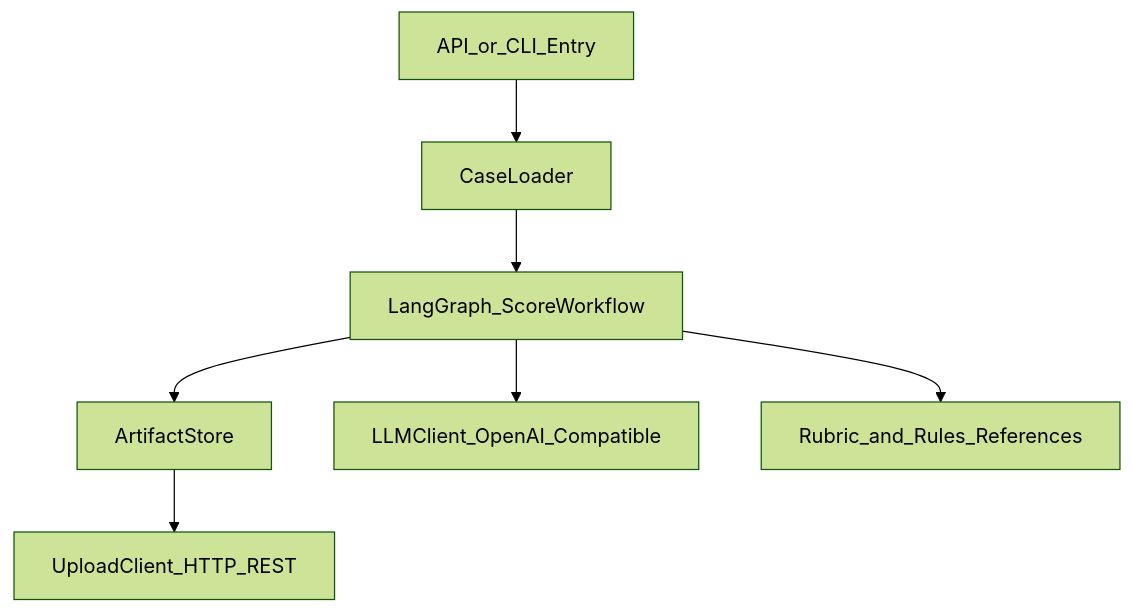
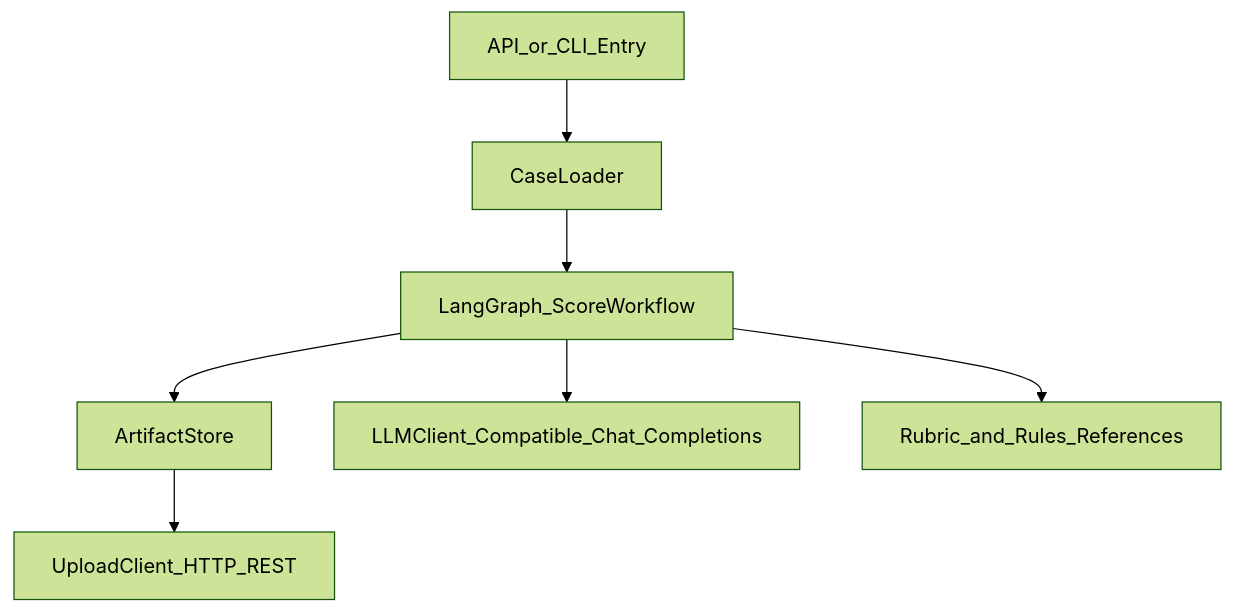
Before and after one commit to yaoooge/hmos-score-agent: the first of 2 diagrams in 评分服务设计文档.md, drawn with Mermaid (forest theme). The commit also changed other lines of this file and 34 other files, not shown here.

````diff
--- a/评分服务设计文档.md
+++ b/评分服务设计文档.md
@@ -38,9 +38,9 @@
 ```mermaid
 flowchart TD
   apiEntry[API_or_CLI_Entry] --> caseLoader[CaseLoader]
   caseLoader --> workflow[LangGraph_ScoreWorkflow]
   workflow --> artifactStore[ArtifactStore]
   artifactStore --> uploadClient[UploadClient_HTTP_REST]
-  workflow --> llmClient[LLMClient_OpenAI_Compatible]
+  workflow --> llmClient[LLMClient_Compatible_Chat_Completions]
   workflow --> referenceRepo[Rubric_and_Rules_References]
 ```
````
